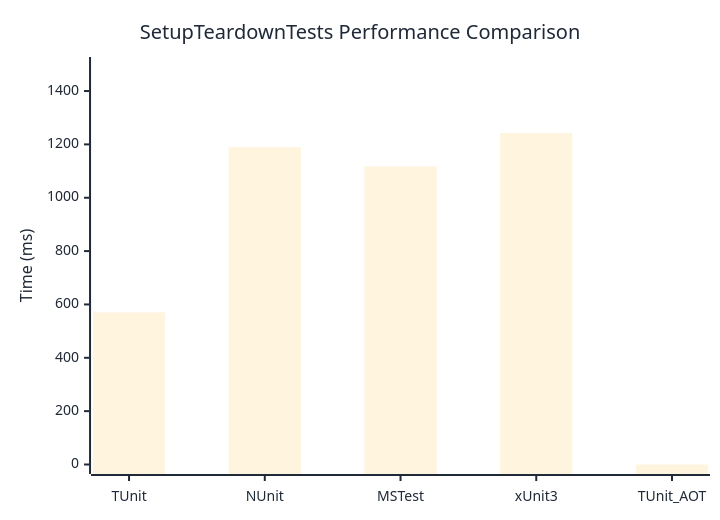
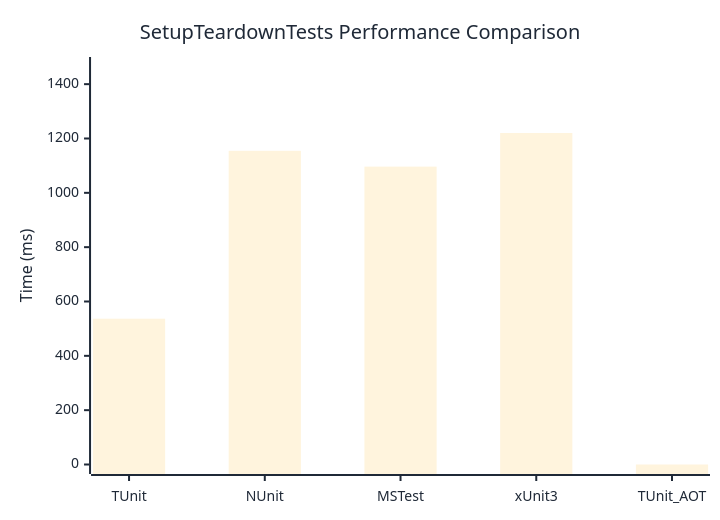
The diagram in docs/docs/benchmarks/SetupTeardownTests.md (thomhurst/TUnit), drawn with Mermaid before and after one commit. The commit also changed other lines of this file and 17 other files, not shown here.

````diff
--- a/docs/docs/benchmarks/SetupTeardownTests.md
+++ b/docs/docs/benchmarks/SetupTeardownTests.md
@@ -27,37 +27,37 @@
 ```mermaid
 %%{init: {
   'theme':'base',
   'themeVariables': {
     'primaryColor': '#2563eb',
     'primaryTextColor': '#1f2937',
     'primaryBorderColor': '#1e40af',
     'lineColor': '#6b7280',
     'secondaryColor': '#7c3aed',
     'tertiaryColor': '#dc2626',
     'background': '#ffffff',
     'mainBkg': '#2563eb',
     'secondBkg': '#7c3aed',
     'tertiaryBkg': '#dc2626',
     'clusterBkg': '#f3f4f6',
     'edgeLabelBackground': '#ffffff',
     'tertiaryTextColor': '#1f2937',
     'pie1': '#2563eb',
     'pie2': '#7c3aed',
     'pie3': '#dc2626',
     'pie4': '#f59e0b',
     'pie5': '#10b981',
     'pie6': '#06b6d4',
     'pie7': '#ec4899',
     'pie8': '#6366f1',
     'pie9': '#84cc16',
     'pie10': '#f97316',
     'pie11': '#14b8a6',
     'pie12': '#a855f7'
   }
 }}%%
 xychart-beta
   title "SetupTeardownTests Performance Comparison"
   x-axis ["TUnit", "NUnit", "MSTest", "xUnit3", "TUnit_AOT"]
-  y-axis "Time (ms)" 0 --> 1492
-  bar [570.4, 1189.6, 1117.5, 1242.6, 0]
+  y-axis "Time (ms)" 0 --> 1465
+  bar [536.7, 1154.6, 1096.5, 1220.2, 0]
 ```
````
